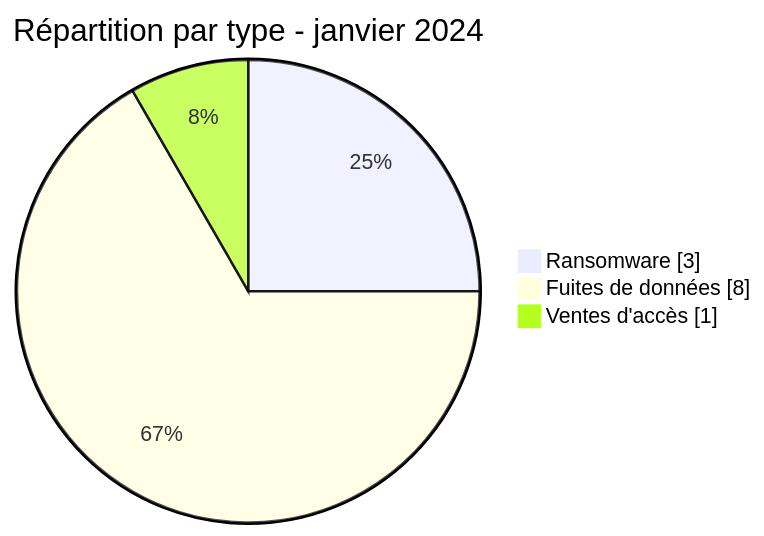
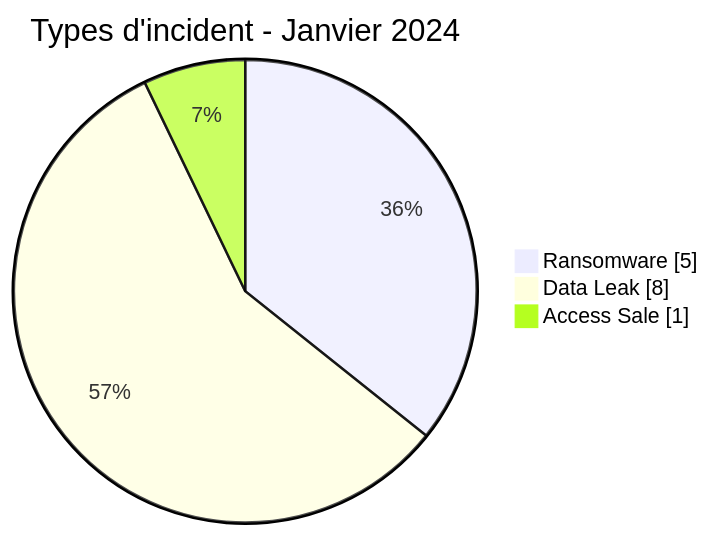
One commit to Hatchepsoute/AFRINTEL changed the first of 3 diagrams in CyberAttackAfrica/2024/01-january/README_FR.md. Above: the diagram before and after it, drawn with Mermaid. The commit also changed other lines of this file and 60 other files, not shown here.

````diff
--- a/CyberAttackAfrica/2024/01-january/README_FR.md
+++ b/CyberAttackAfrica/2024/01-january/README_FR.md
@@ -59,7 +51,7 @@
 ```mermaid
 pie showData
-    title Répartition par type - janvier 2024
-    "Ransomware" : 3
-    "Fuites de données" : 8
-    "Ventes d'accès" : 1
+    title Types d'incident - Janvier 2024
+    "Ransomware" : 5
+    "Data Leak" : 8
+    "Access Sale" : 1
 ```
````
